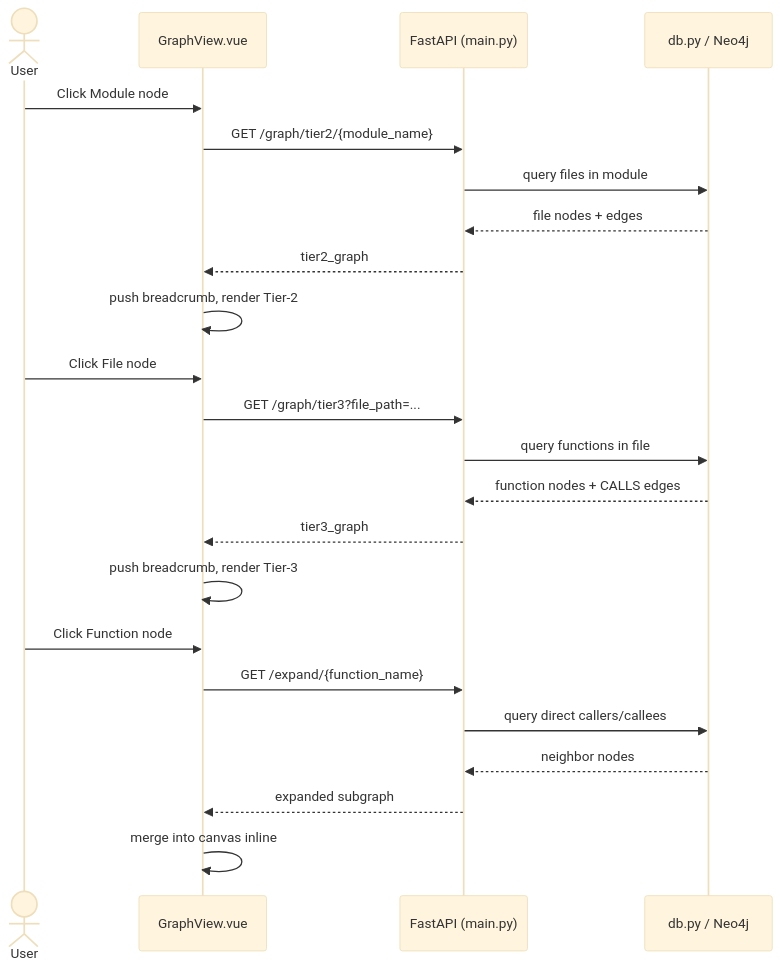
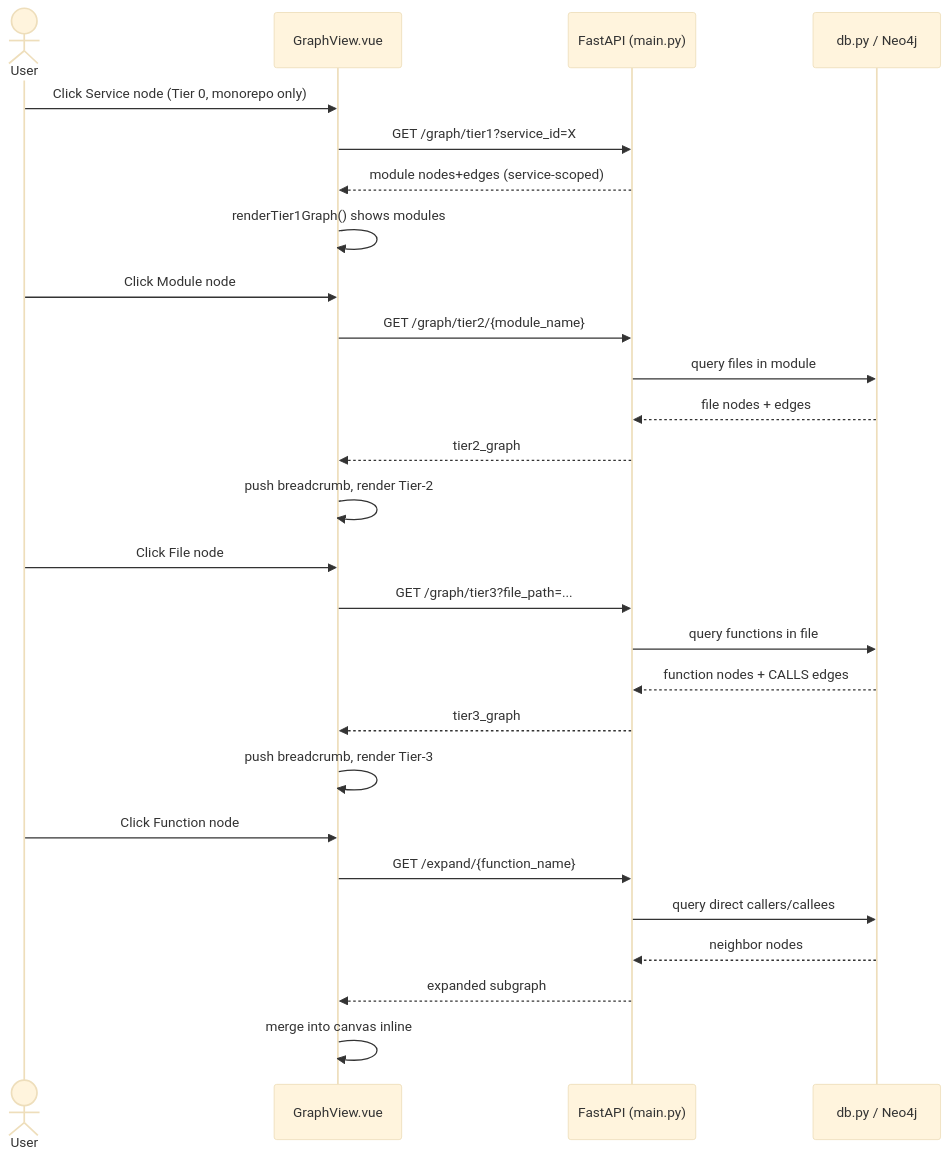
One commit to farjanasarker/Code_Base_Visualisation changed the eighth of 12 diagrams in SRS.md. Above: the diagram before and after it, drawn with Mermaid (base theme). The commit also changed other lines of this file and 47 other files, not shown here.

````diff
--- a/SRS.md
+++ b/SRS.md
@@ -515,28 +626,33 @@
 ```mermaid
 sequenceDiagram
     actor U as User
     participant FE as GraphView.vue
     participant API as FastAPI (main.py)
     participant DB as db.py / Neo4j
+
+    U->>FE: Click Service node (Tier 0, monorepo only)
+    FE->>API: GET /graph/tier1?service_id=X
+    API-->>FE: module nodes+edges (service-scoped)
+    FE->>FE: renderTier1Graph() shows modules
 
     U->>FE: Click Module node
     FE->>API: GET /graph/tier2/{module_name}
     API->>DB: query files in module
     DB-->>API: file nodes + edges
     API-->>FE: tier2_graph
     FE->>FE: push breadcrumb, render Tier-2
 
     U->>FE: Click File node
     FE->>API: GET /graph/tier3?file_path=...
     API->>DB: query functions in file
     DB-->>API: function nodes + CALLS edges
     API-->>FE: tier3_graph
     FE->>FE: push breadcrumb, render Tier-3
 
     U->>FE: Click Function node
     FE->>API: GET /expand/{function_name}
     API->>DB: query direct callers/callees
     DB-->>API: neighbor nodes
     API-->>FE: expanded subgraph
     FE->>FE: merge into canvas inline
 ```
````
